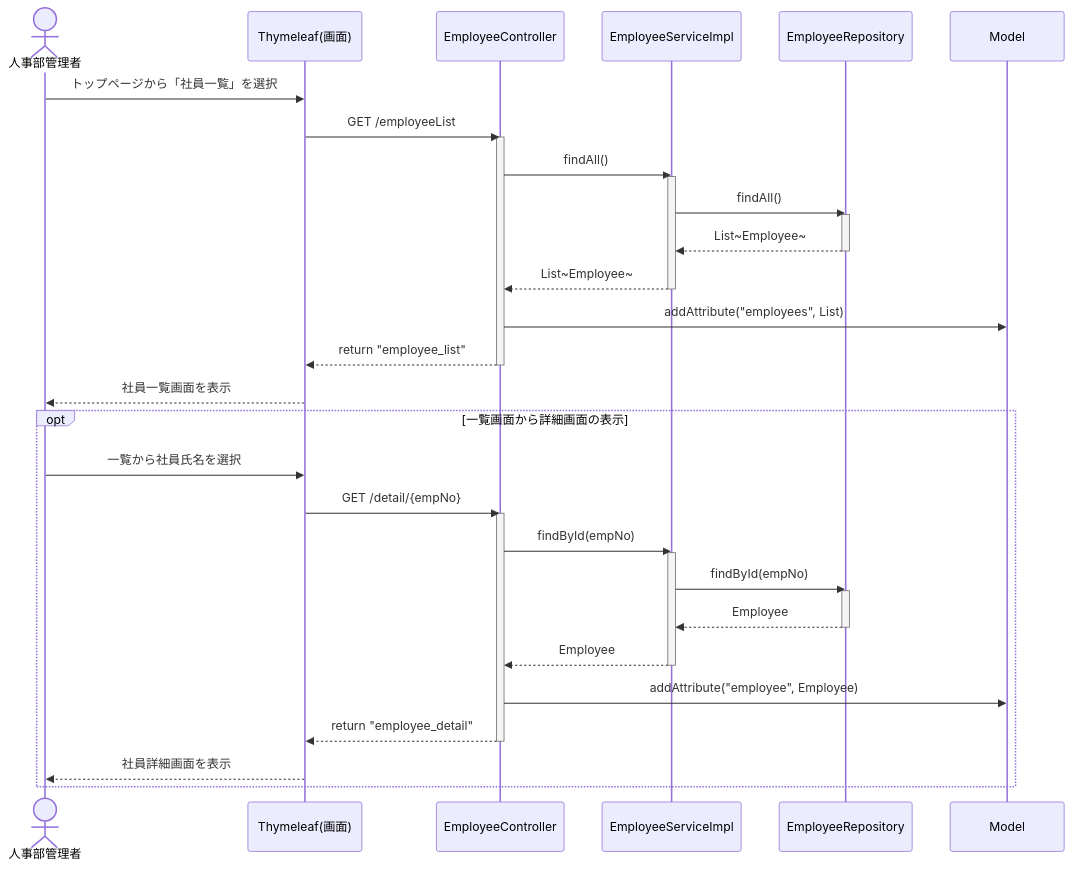
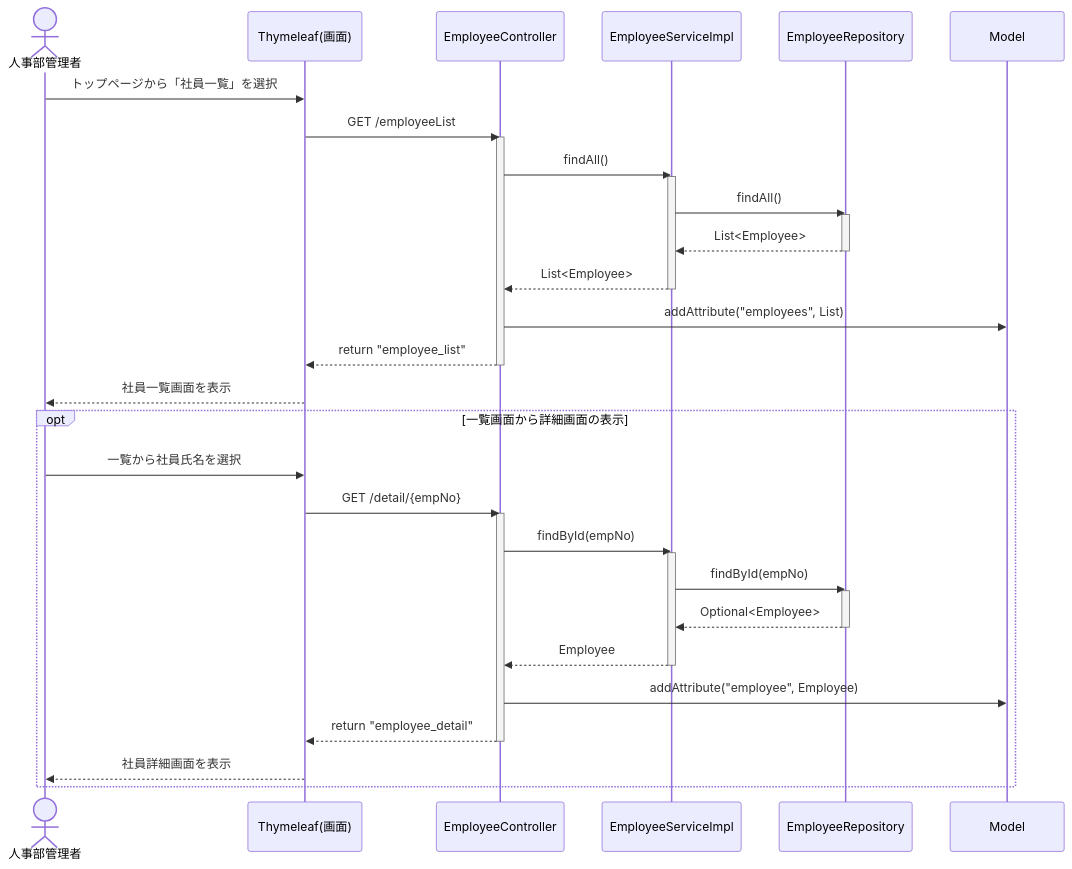
One commit to juyeongjung1/NewEIMS changed diagram 23 of 29 in EIMS_Comprehensive_Exercise_Guide.md. Above: the diagram before and after it, drawn with Mermaid. The commit also changed other lines of this file and 21 other files, not shown here.

````diff
--- a/EIMS_Comprehensive_Exercise_Guide.md
+++ b/EIMS_Comprehensive_Exercise_Guide.md
@@ -1930,43 +1932,43 @@
 ```mermaid
 sequenceDiagram
     actor Admin as 人事部管理者
     participant View as Thymeleaf(画面)
     participant Ctrl as EmployeeController
     participant Svc as EmployeeServiceImpl
     participant Rep as EmployeeRepository
     participant Model as Model
 
     Admin ->> View: トップページから「社員一覧」を選択
     View ->> Ctrl: GET /employeeList
     activate Ctrl
     Ctrl ->> Svc: findAll()
     activate Svc
     Svc ->> Rep: findAll()
     activate Rep
-    Rep -->> Svc: List~Employee~
+    Rep -->> Svc: List<Employee>
     deactivate Rep
-    Svc -->> Ctrl: List~Employee~
+    Svc -->> Ctrl: List<Employee>
     deactivate Svc
     Ctrl ->> Model: addAttribute("employees", List)
     Ctrl -->> View: return "employee_list"
     deactivate Ctrl
     View -->> Admin: 社員一覧画面を表示
   
     opt 一覧画面から詳細画面の表示
         Admin ->> View: 一覧から社員氏名を選択
         View ->> Ctrl: GET /detail/{empNo}
         activate Ctrl
         Ctrl ->> Svc: findById(empNo)
         activate Svc
         Svc ->> Rep: findById(empNo)
         activate Rep
-        Rep -->> Svc: Employee
+        Rep -->> Svc: Optional<Employee>
         deactivate Rep
         Svc -->> Ctrl: Employee
         deactivate Svc
         Ctrl ->> Model: addAttribute("employee", Employee)
         Ctrl -->> View: return "employee_detail"
         deactivate Ctrl
         View -->> Admin: 社員詳細画面を表示
     end
 ```
````
